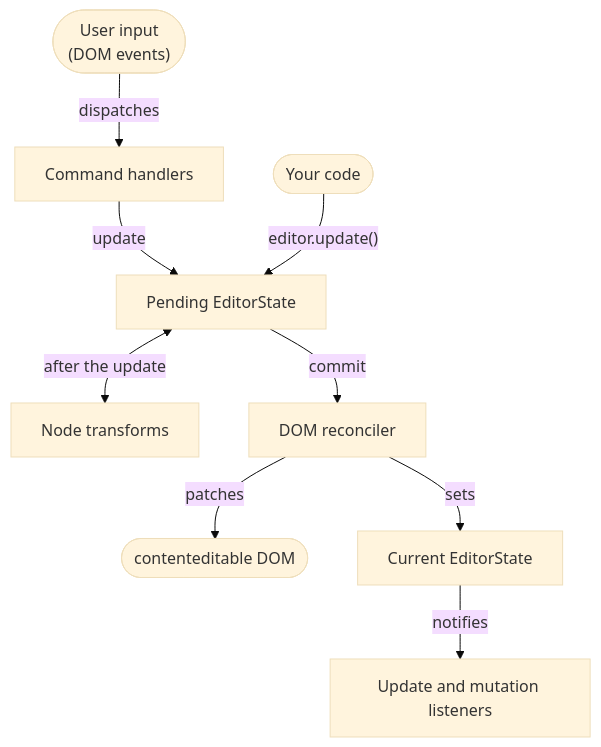
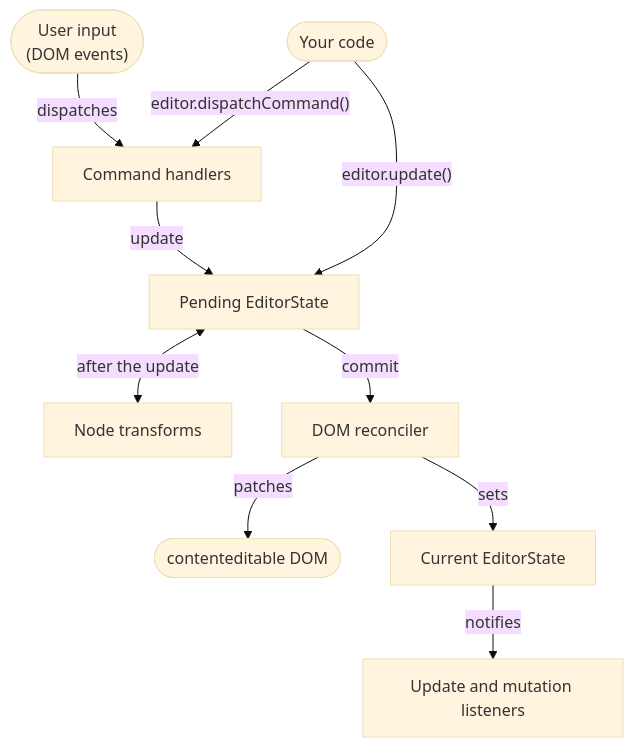
The second of 2 diagrams in packages/lexical-website/docs/intro.md (facebook/lexical), drawn with Mermaid (base theme) before and after one commit.

Commit message:
[lexical-website] Documentation Update: Show your code dispatching commands in the intro's update diagram
## Description

The update lifecycle diagram in the intro only showed commands being
dispatched from user input. It now also shows application code dispatching
commands with `editor.dispatchCommand()`.

## Test plan

### After

`npx prettier --check packages/lexical-website/docs/intro.md` passes, and
the diagram renders with the site's Mermaid version in Chromium.

````diff
--- a/packages/lexical-website/docs/intro.md
+++ b/packages/lexical-website/docs/intro.md
@@ -205,11 +205,12 @@
 ```mermaid
 flowchart TB
   input(["User input<br/>(DOM events)"]) -->|dispatches| cmd["Command handlers"]
   cmd -->|"update"| pending
   api(["Your code"]) -->|"editor.update()"| pending["Pending EditorState"]
+  api -->|"editor.dispatchCommand()"| cmd
   pending <-->|"after the update"| transforms["Node transforms"]
   pending -->|"commit"| reconciler["DOM reconciler"]
   reconciler -->|"patches"| dom(["contenteditable DOM"])
   reconciler -->|"sets"| current["Current EditorState"]
   current -->|"notifies"| listeners["Update and mutation listeners"]
 ```
````
